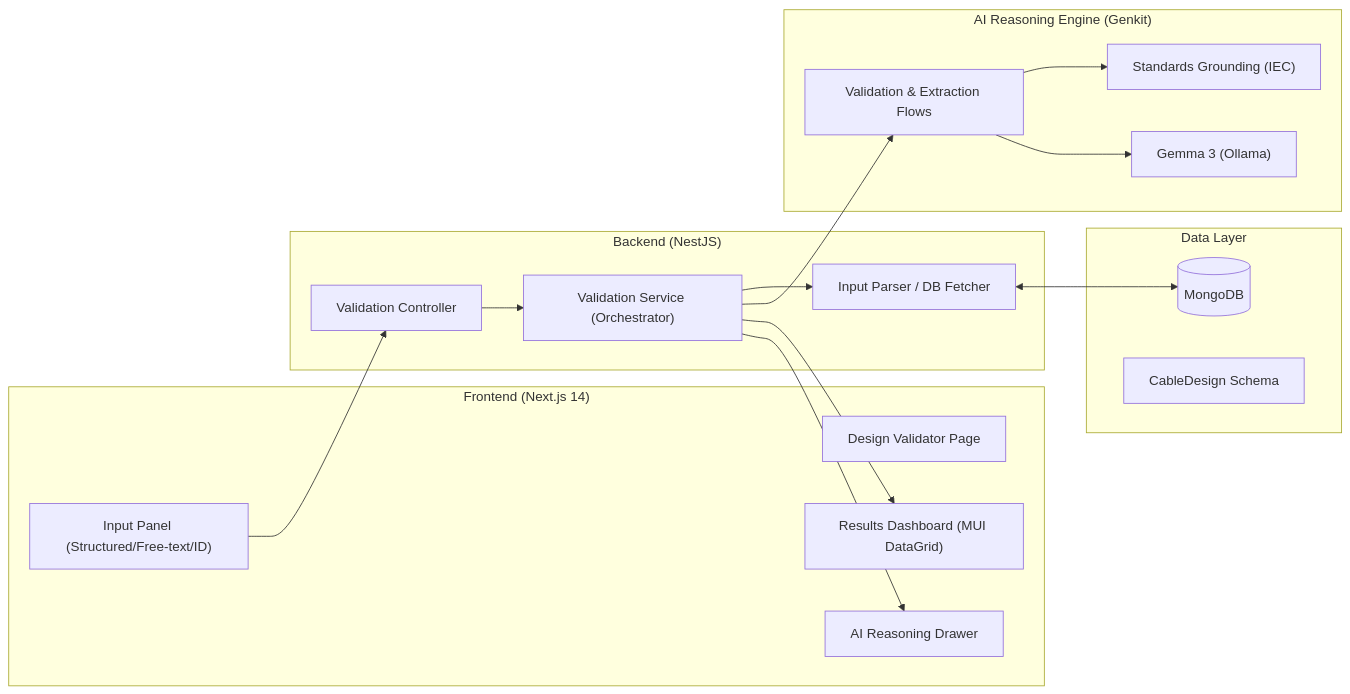
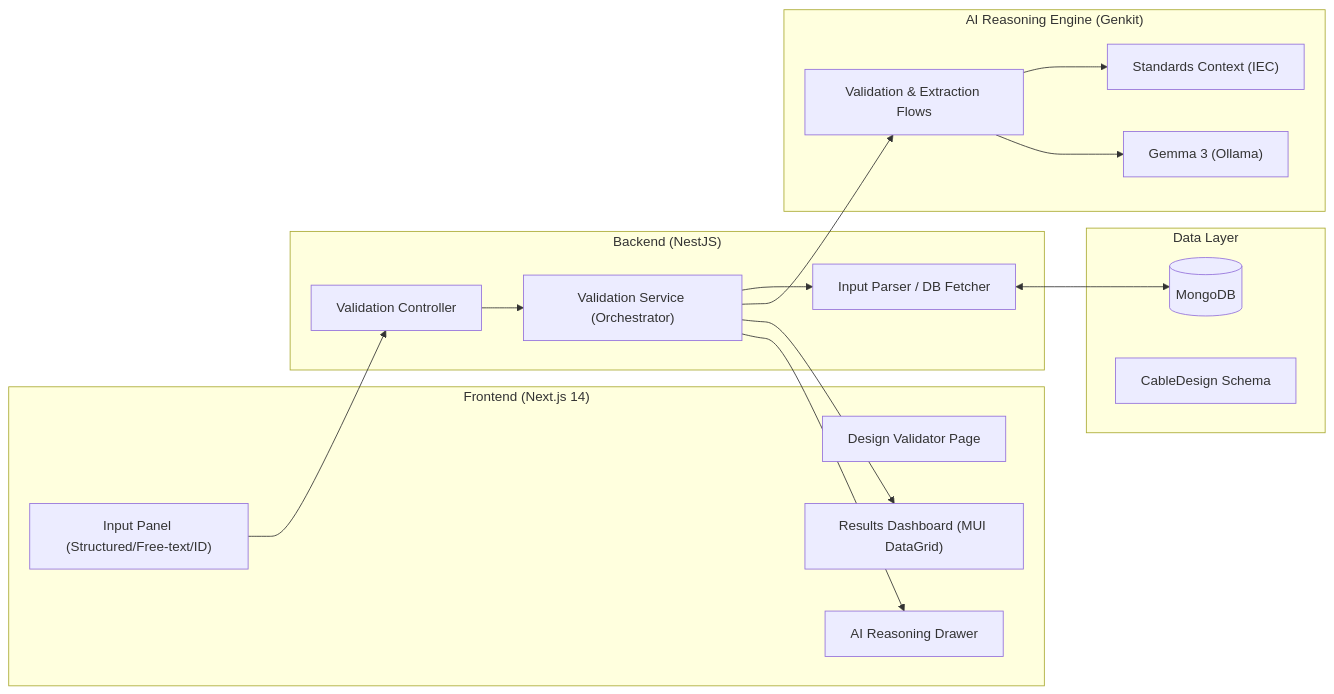
Before and after one commit to FlemingJohn/Volta: the diagram in Diagram/Architecture.mmd, drawn with Mermaid. The commit also changed 3 other files, not shown here.

Commit message:
docs: update the architect and improve the system prompt

```diff
--- a/Diagram/Architecture.mmd
+++ b/Diagram/Architecture.mmd
@@ -1,34 +1,34 @@
 graph LR
     subgraph Frontend ["Frontend (Next.js 14)"]
         UI["Design Validator Page"]
         Input["Input Panel (Structured/Free-text/ID)"]
         Results["Results Dashboard (MUI DataGrid)"]
         Drawer["AI Reasoning Drawer"]
     end
 
     subgraph Backend ["Backend (NestJS)"]
         API["Validation Controller"]
         Service["Validation Service (Orchestrator)"]
         Parser["Input Parser / DB Fetcher"]
     end
 
     subgraph Data ["Data Layer"]
         DB[(MongoDB)]
         Schema["CableDesign Schema"]
     end
 
     subgraph AI ["AI Reasoning Engine (Genkit)"]
         Flows["Validation & Extraction Flows"]
-        Grounding["Standards Grounding (IEC)"]
+        Context["Standards Context (IEC)"]
         LLM["Gemma 3 (Ollama)"]
     end
 
     Input --> API
     API --> Service
     Service --> Parser
     Parser <--> DB
     Service --> Flows
-    Flows --> Grounding
+    Flows --> Context
     Flows --> LLM
     Service --> Results
     Service --> Drawer
```
